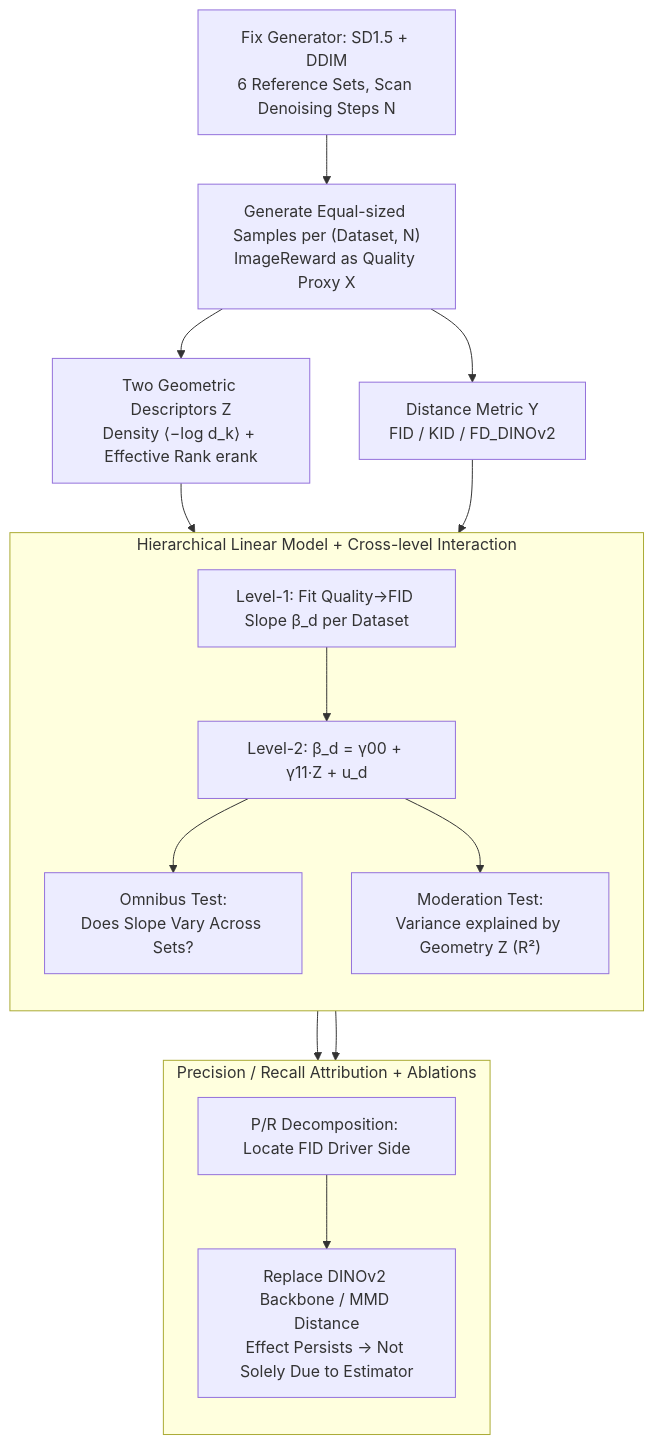
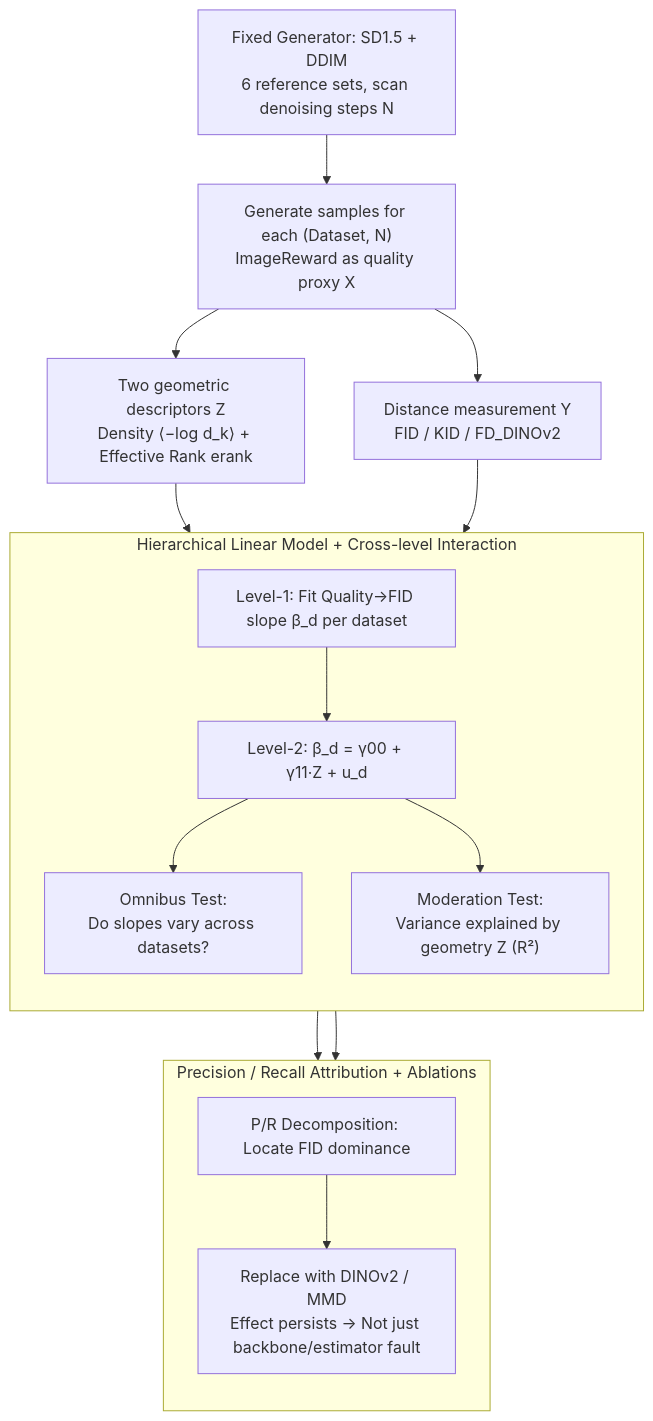
One commit to zhaoyang97/Paper-Notes-en changed the diagram in docs/ICML2026/image_generation/rethinking_fid_through_the_geometry_of_the_reference_dataset.md. Above: the diagram before and after it, drawn with Mermaid. The commit also changed other lines of this file and 5084 other files, not shown here.

````diff
--- a/docs/ICML2026/image_generation/rethinking_fid_through_the_geometry_of_the_reference_dataset.md
+++ b/docs/ICML2026/image_generation/rethinking_fid_through_the_geometry_of_the_reference_dataset.md
@@ -43,22 +43,22 @@
 ```mermaid
-graph TD
-    A["Fix Generator: SD1.5 + DDIM<br/>6 Reference Sets, Scan Denoising Steps N"] --> B["Generate Equal-sized Samples per (Dataset, N)<br/>ImageReward as Quality Proxy X"]
-    B --> C["Two Geometric Descriptors Z<br/>Density ⟨−log d_k⟩ + Effective Rank erank"]
-    B --> D["Distance Metric Y<br/>FID / KID / FD_DINOv2"]
+flowchart TD
+    A["Fixed Generator: SD1.5 + DDIM<br/>6 reference sets, scan denoising steps N"] --> B["Generate samples for each (Dataset, N)<br/>ImageReward as quality proxy X"]
+    B --> C["Two geometric descriptors Z<br/>Density ⟨−log d_k⟩ + Effective Rank erank"]
+    B --> D["Distance measurement Y<br/>FID / KID / FD_DINOv2"]
     subgraph HLM["Hierarchical Linear Model + Cross-level Interaction"]
         direction TB
-        E["Level-1: Fit Quality→FID Slope β_d per Dataset"]
+        E["Level-1: Fit Quality→FID slope β_d per dataset"]
         E --> F["Level-2: β_d = γ00 + γ11·Z + u_d"]
-        F --> G["Omnibus Test:<br/>Does Slope Vary Across Sets?"]
-        F --> H["Moderation Test:<br/>Variance explained by Geometry Z (R²)"]
+        F --> G["Omnibus Test:<br/>Do slopes vary across datasets?"]
+        F --> H["Moderation Test:<br/>Variance explained by geometry Z (R²)"]
     end
     C --> F
     D --> E
     G --> ATTRIN
     H --> ATTRIN
     subgraph ATTR["Precision / Recall Attribution + Ablations"]
         direction TB
-        ATTRIN["P/R Decomposition: Locate FID Driver Side"]
-        ATTRIN --> J["Replace DINOv2 Backbone / MMD Distance<br/>Effect Persists → Not Solely Due to Estimator"]
+        ATTRIN["P/R Decomposition: Locate FID dominance"]
+        ATTRIN --> J["Replace with DINOv2 / MMD<br/>Effect persists → Not just backbone/estimator fault"]
     end
 ```
````
